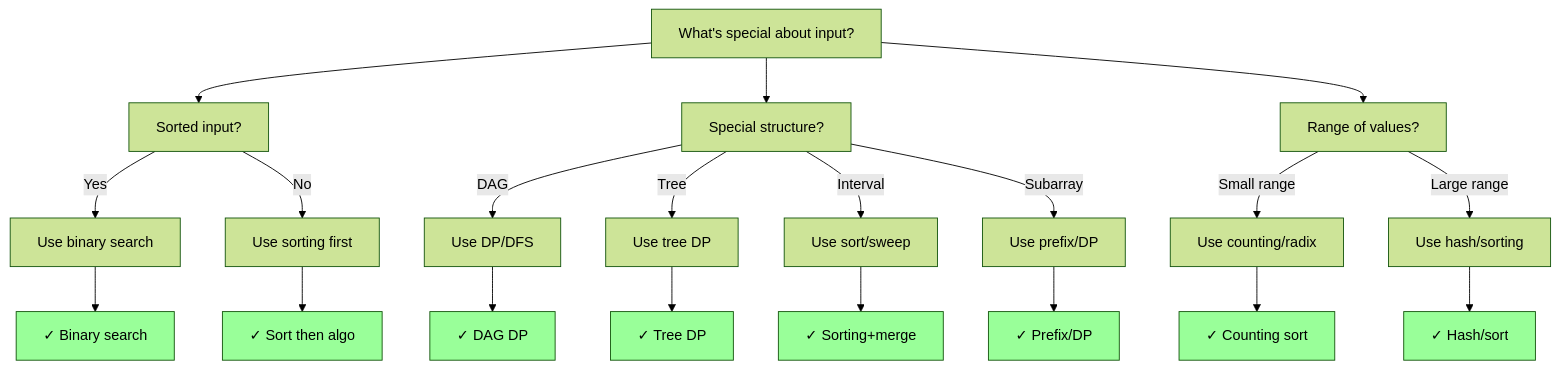
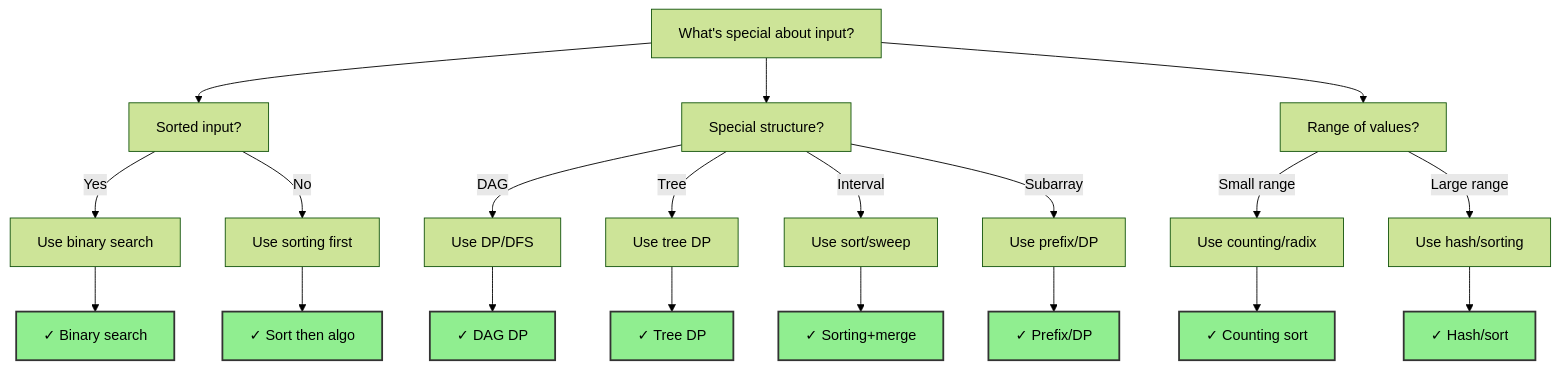
One commit to souradeepta/interviewprep changed the fourth of 7 diagrams in docs/guides/algorithm_selection_guide.md. Above: the diagram before and after it, drawn with Mermaid (forest theme). The commit also changed other lines of this file and 31 other files, not shown here.

Commit message:
updated graphs

````diff
--- a/docs/guides/algorithm_selection_guide.md
+++ b/docs/guides/algorithm_selection_guide.md
@@ -284,35 +284,35 @@
 ```mermaid
 graph TD
     A["What's special about input?"] --> B["Sorted input?"]
     A --> C["Special structure?"]
     A --> D["Range of values?"]
     
     B -->|Yes| E["Use binary search"]
     B -->|No| F["Use sorting first"]
     
     C -->|DAG| G["Use DP/DFS"]
     C -->|Tree| H["Use tree DP"]
     C -->|Interval| I["Use sort/sweep"]
     C -->|Subarray| J["Use prefix/DP"]
     
     D -->|Small range| K["Use counting/radix"]
     D -->|Large range| L["Use hash/sorting"]
     
     E --> M["✓ Binary search"]
     F --> N["✓ Sort then algo"]
     G --> O["✓ DAG DP"]
     H --> P["✓ Tree DP"]
     I --> Q["✓ Sorting+merge"]
     J --> R["✓ Prefix/DP"]
     K --> S["✓ Counting sort"]
     L --> T["✓ Hash/sort"]
     
-    style M fill:#99ff99
-    style N fill:#99ff99
-    style O fill:#99ff99
-    style P fill:#99ff99
-    style Q fill:#99ff99
-    style R fill:#99ff99
-    style S fill:#99ff99
-    style T fill:#99ff99
+    style M fill:#90ee90,color:#000,stroke:#333,stroke-width:2px
+    style N fill:#90ee90,color:#000,stroke:#333,stroke-width:2px
+    style O fill:#90ee90,color:#000,stroke:#333,stroke-width:2px
+    style P fill:#90ee90,color:#000,stroke:#333,stroke-width:2px
+    style Q fill:#90ee90,color:#000,stroke:#333,stroke-width:2px
+    style R fill:#90ee90,color:#000,stroke:#333,stroke-width:2px
+    style S fill:#90ee90,color:#000,stroke:#333,stroke-width:2px
+    style T fill:#90ee90,color:#000,stroke:#333,stroke-width:2px
 ```
````
